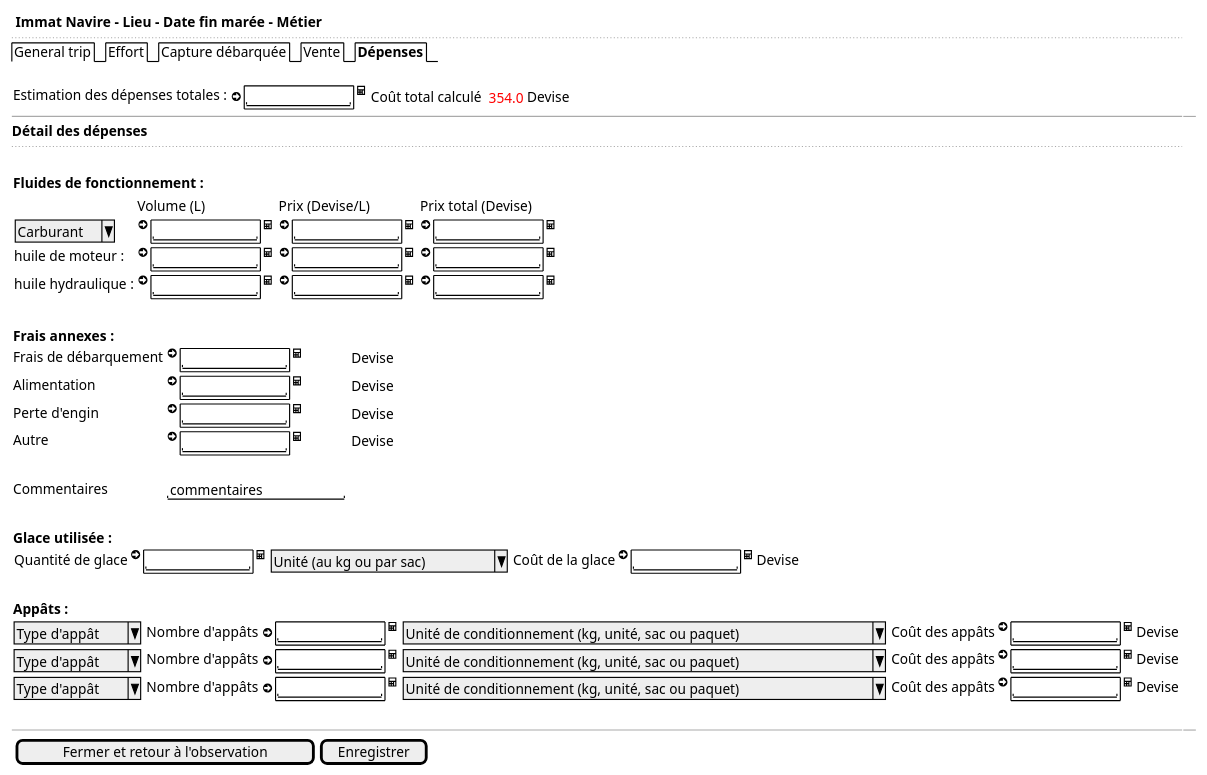
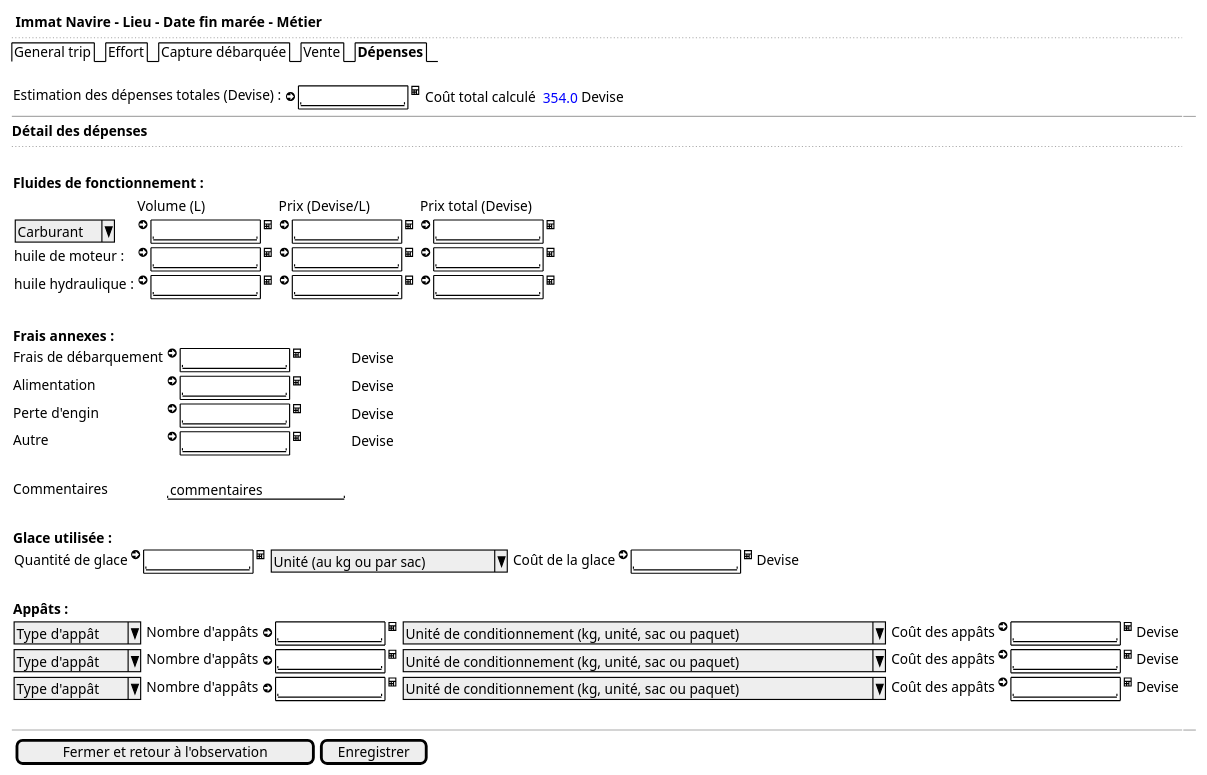
One commit to sumaris-net/sumaris-doc changed the diagram in use-case/collect/trip/landing-ui-expenses.puml. Above: the diagram before and after it, drawn with PlantUML. The commit also changed 6 other files, not shown here.

```diff
--- a/use-case/collect/trip/landing-ui-expenses.puml
+++ b/use-case/collect/trip/landing-ui-expenses.puml
@@ -1,48 +1,48 @@
 @startsalt
 {
   <b> Immat Navire - Lieu - Date fin marée - Métier
   ..
   {/ General trip | Effort | Capture débarquée | Vente | <b>Dépenses }
   .
-  {Estimation des dépenses totales : <&arrow-circle-right> {+"           " } <&calculator> | {Coût total calculé  {<color:red> 354.0} Devise }}
+  {Estimation des dépenses totales (Devise) : <&arrow-circle-right> {+"           " } <&calculator> | {Coût total calculé  {<color:blue> 354.0} Devise }}
   -- | --
   <b>Détail des dépenses
   ..
   {
   .
   <b>Fluides de fonctionnement :
     {
     .                   | {Volume (L)} | {Prix (Devise/L)} | {Prix total (Devise)}
     { ^Carburant^ }     | { <&arrow-circle-right> {+"           " } <&calculator>} | {<&arrow-circle-right> {+"           " } <&calculator>} | {<&arrow-circle-right> {+"           " } <&calculator>}
     huile de moteur :   | { <&arrow-circle-right> {+"           " } <&calculator>} | {<&arrow-circle-right> {+"           " } <&calculator>} | {<&arrow-circle-right> {+"           " } <&calculator>}
     huile hydraulique : | { <&arrow-circle-right> {+"           " } <&calculator>} | {<&arrow-circle-right> {+"           " } <&calculator>} | {<&arrow-circle-right> {+"           " } <&calculator>}
     }
   }
   .
   {
   <b>Frais annexes :
 
     Frais de débarquement | { <&arrow-circle-right> {+"           " } <&calculator>} | {Devise}
     Alimentation          | { <&arrow-circle-right> {+"           " } <&calculator>} | {Devise}
     Perte d'engin         | { <&arrow-circle-right> {+"           " } <&calculator>} | {Devise}
     Autre                 | { <&arrow-circle-right> {+"           " } <&calculator>} | {Devise}
     .
     Commentaires              | { "commentaires       "}
   }
   .
   {
   <b>Glace utilisée :
     {Quantité de glace | <&arrow-circle-right> {+"           " } <&calculator>}  | { ^Unité (au kg ou par sac)^ } | { Coût de la glace | <&arrow-circle-right> {+"           " } <&calculator> | Devise}
   }
   .
   {
   <b>Appâts :
     { ^Type d'appât^ } | {Nombre d'appâts <&arrow-circle-right> {+"           " } <&calculator>} | { ^Unité de conditionnement (kg, unité, sac ou paquet)^ } | { Coût des appâts | <&arrow-circle-right> {+"           " } <&calculator> | Devise}
     { ^Type d'appât^ } | {Nombre d'appâts <&arrow-circle-right> {+"           " } <&calculator>} | { ^Unité de conditionnement (kg, unité, sac ou paquet)^ } | { Coût des appâts | <&arrow-circle-right> {+"           " } <&calculator> | Devise}
     { ^Type d'appât^ } | {Nombre d'appâts <&arrow-circle-right> {+"           " } <&calculator>} | { ^Unité de conditionnement (kg, unité, sac ou paquet)^ } | { Coût des appâts | <&arrow-circle-right> {+"           " } <&calculator> | Devise}
   }
   .
   -- | --
   {{[Fermer et retour à l'observation] | [Enregistrer]}}
 }
 @endsalt
```
